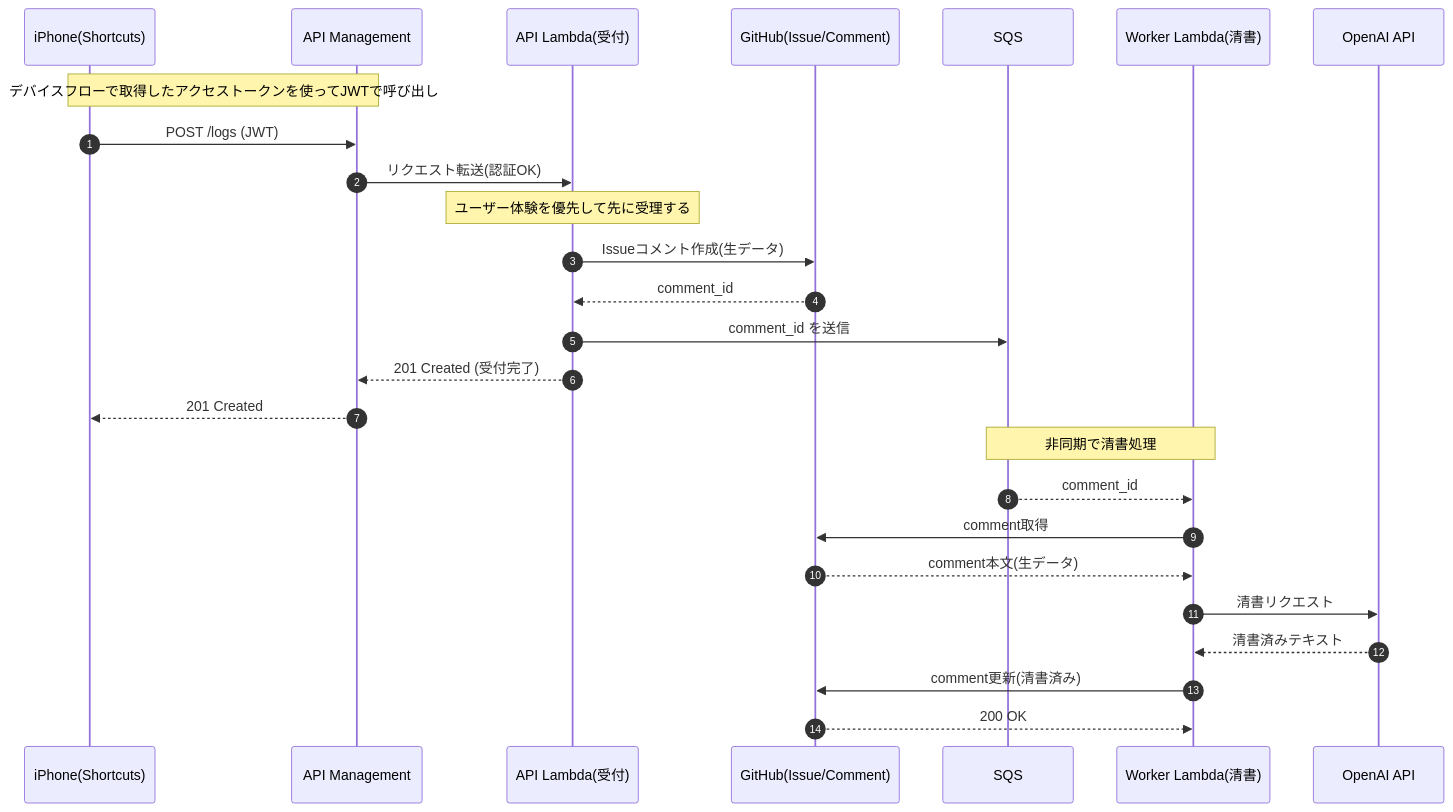
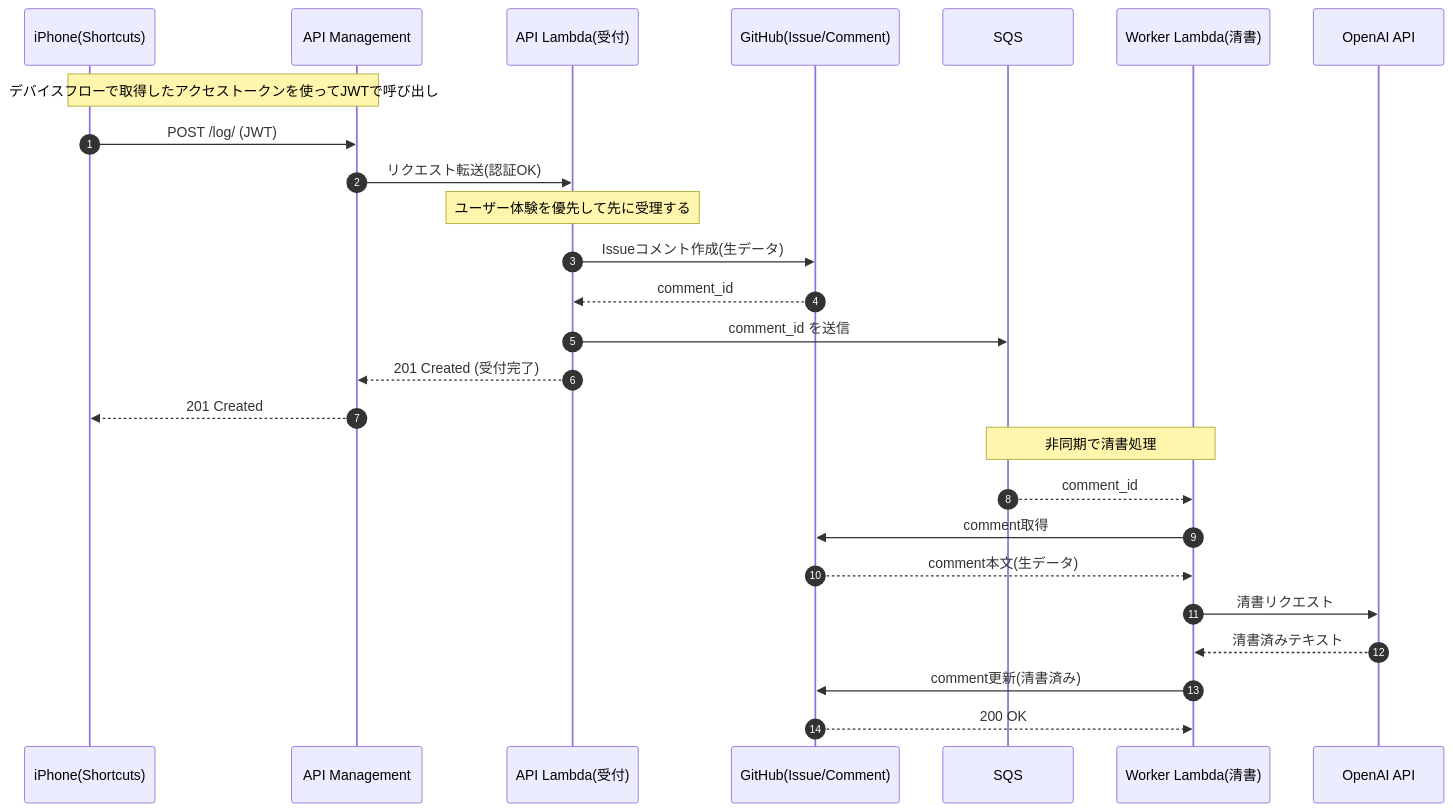
The second of 3 diagrams in articles/2026-03-03-01.md (kenichiro-kimura/zenn-contents), drawn with Mermaid before and after one commit. The commit also changed other lines of this file, not shown here.

Commit message:
2026-03-03-01.md を更新

````diff
--- a/articles/2026-03-03-01.md
+++ b/articles/2026-03-03-01.md
@@ -178,32 +178,32 @@
 ```mermaid
 sequenceDiagram
     autonumber
     participant iPhone as iPhone(Shortcuts)
     participant APIM as API Management
     participant API as API Lambda(受付)
     participant GH as GitHub(Issue/Comment)
     participant SQS as SQS
     participant W as Worker Lambda(清書)
     participant OAI as OpenAI API
 
     Note over iPhone,APIM: デバイスフローで取得したアクセストークンを使ってJWTで呼び出し
 
-    iPhone->>APIM: POST /logs (JWT)
+    iPhone->>APIM: POST /log/ (JWT)
     APIM->>API: リクエスト転送(認証OK)
 
     Note over API: ユーザー体験を優先して先に受理する
     API->>GH: Issueコメント作成(生データ)
     GH-->>API: comment_id
     API->>SQS: comment_id を送信
     API-->>APIM: 201 Created (受付完了)
     APIM-->>iPhone: 201 Created
 
     Note over SQS,W: 非同期で清書処理
     SQS-->>W: comment_id
     W->>GH: comment取得
     GH-->>W: comment本文(生データ)
     W->>OAI: 清書リクエスト
     OAI-->>W: 清書済みテキスト
     W->>GH: comment更新(清書済み)
     GH-->>W: 200 OK
 ```
````
